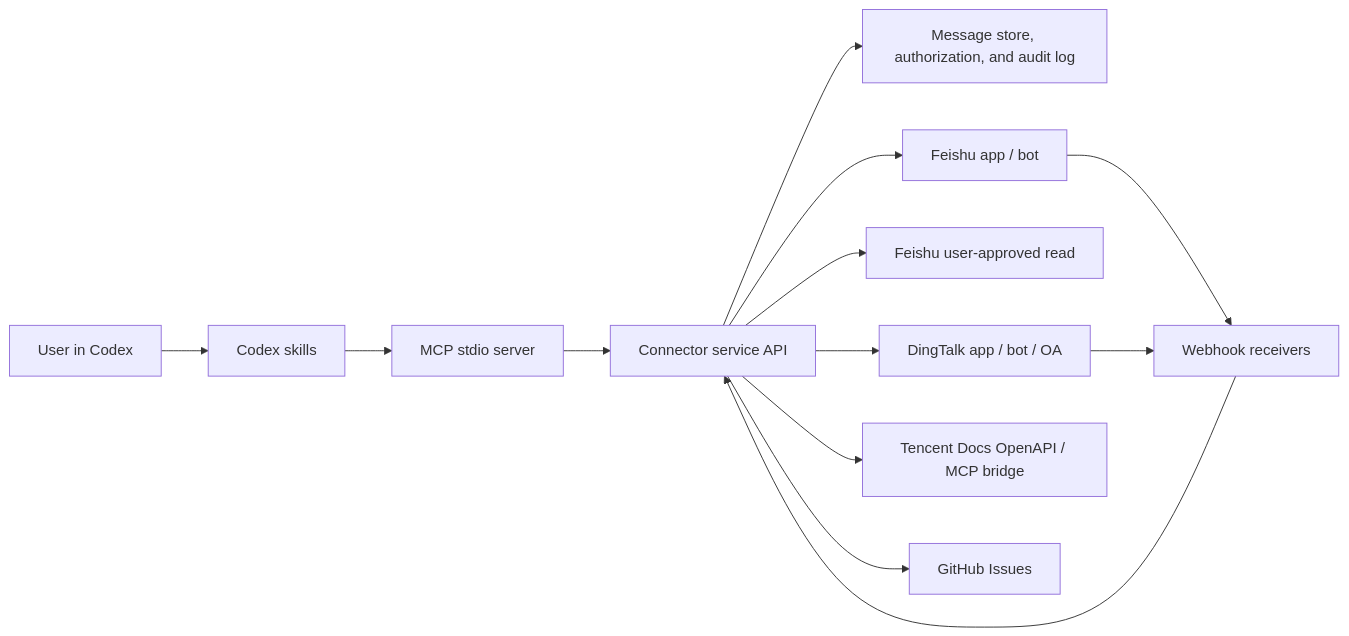
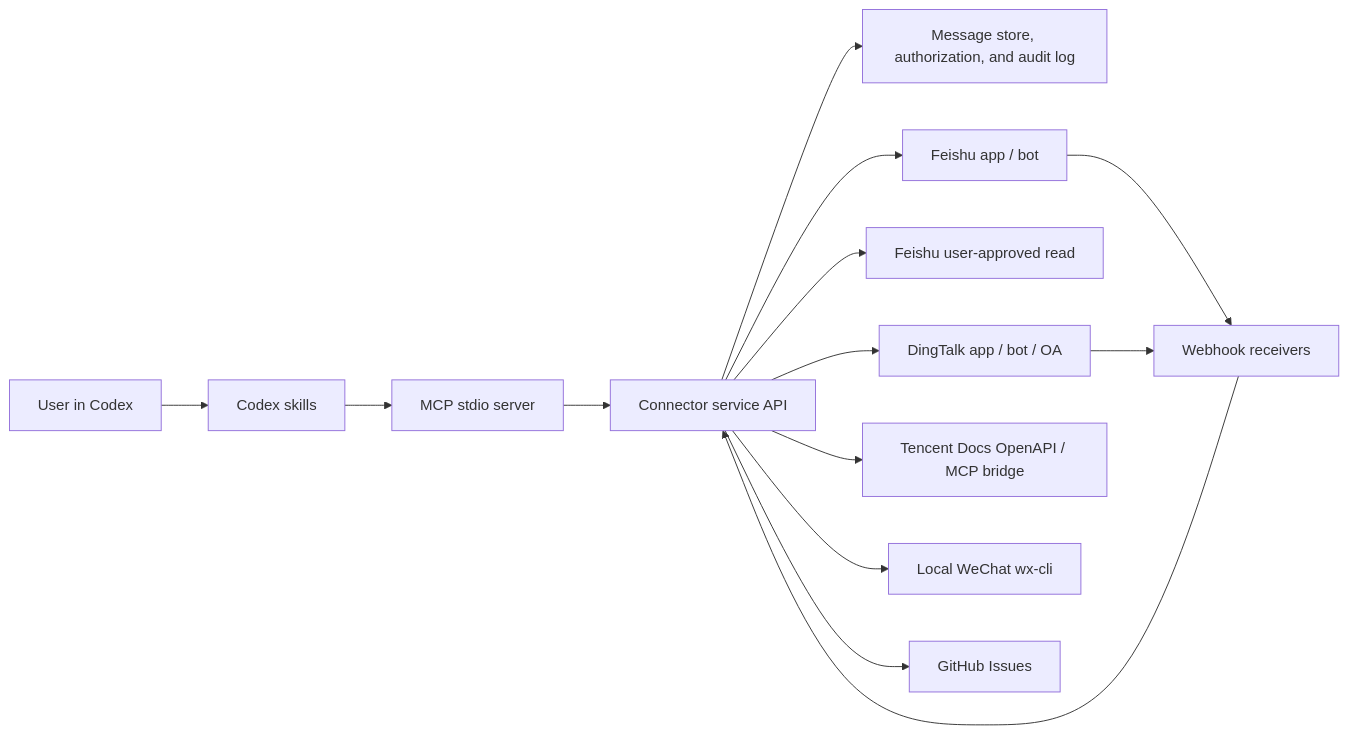
Before and after one commit to Iii3pl/cn-messaging-context: the diagram in docs/architecture.md, drawn with Mermaid. The commit also changed other lines of this file and 25 other files, not shown here.

Commit message:
Add local WeChat read support

````diff
--- a/docs/architecture.md
+++ b/docs/architecture.md
@@ -5,15 +5,16 @@
 ```mermaid
 flowchart LR
   User["User in Codex"] --> Skills["Codex skills"]
   Skills --> MCP["MCP stdio server"]
   MCP --> API["Connector service API"]
   API --> Store["Message store, authorization, and audit log"]
   API --> Feishu["Feishu app / bot"]
   API --> FeishuUser["Feishu user-approved read"]
   API --> DingTalk["DingTalk app / bot / OA"]
   API --> Tencent["Tencent Docs OpenAPI / MCP bridge"]
+  API --> WeChat["Local WeChat wx-cli"]
   API --> GitHub["GitHub Issues"]
   Feishu --> Webhooks["Webhook receivers"]
   DingTalk --> Webhooks
   Webhooks --> API
 ```
````
